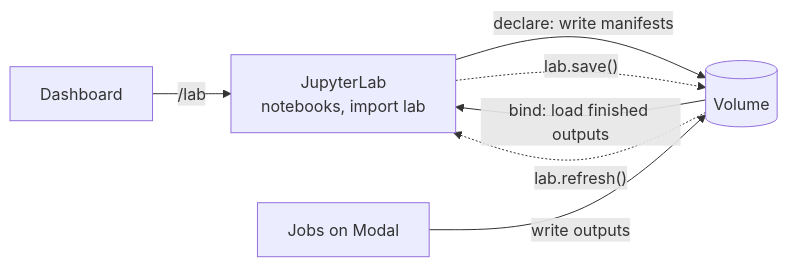
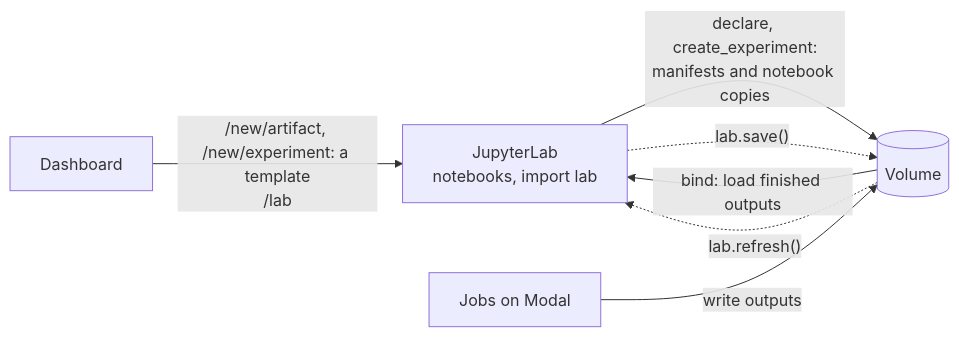
Before and after one commit to ocanphys/launchpad: the first of 2 diagrams in docs/lab.md, drawn with Mermaid. The commit also changed other lines of this file and 25 other files, not shown here.

````diff
--- a/docs/lab.md
+++ b/docs/lab.md
@@ -11,9 +11,9 @@
 ```mermaid
 flowchart LR
-  DASH["Dashboard"] -->|"/lab"| NB["JupyterLab<br/>notebooks, import lab"]
-  NB -->|"declare: write manifests"| V[("Volume")]
+  DASH["Dashboard"] -->|"/new/artifact, /new/experiment: a template<br/>/lab"| NB["JupyterLab<br/>notebooks, import lab"]
+  NB -->|"declare, create_experiment:<br/>manifests and notebook copies"| V[("Volume")]
   V -->|"bind: load finished outputs"| NB
   JOB["Jobs on Modal"] -->|"write outputs"| V
   V -.->|"lab.refresh()"| NB
   NB -.->|"lab.save()"| V
 ```
````
